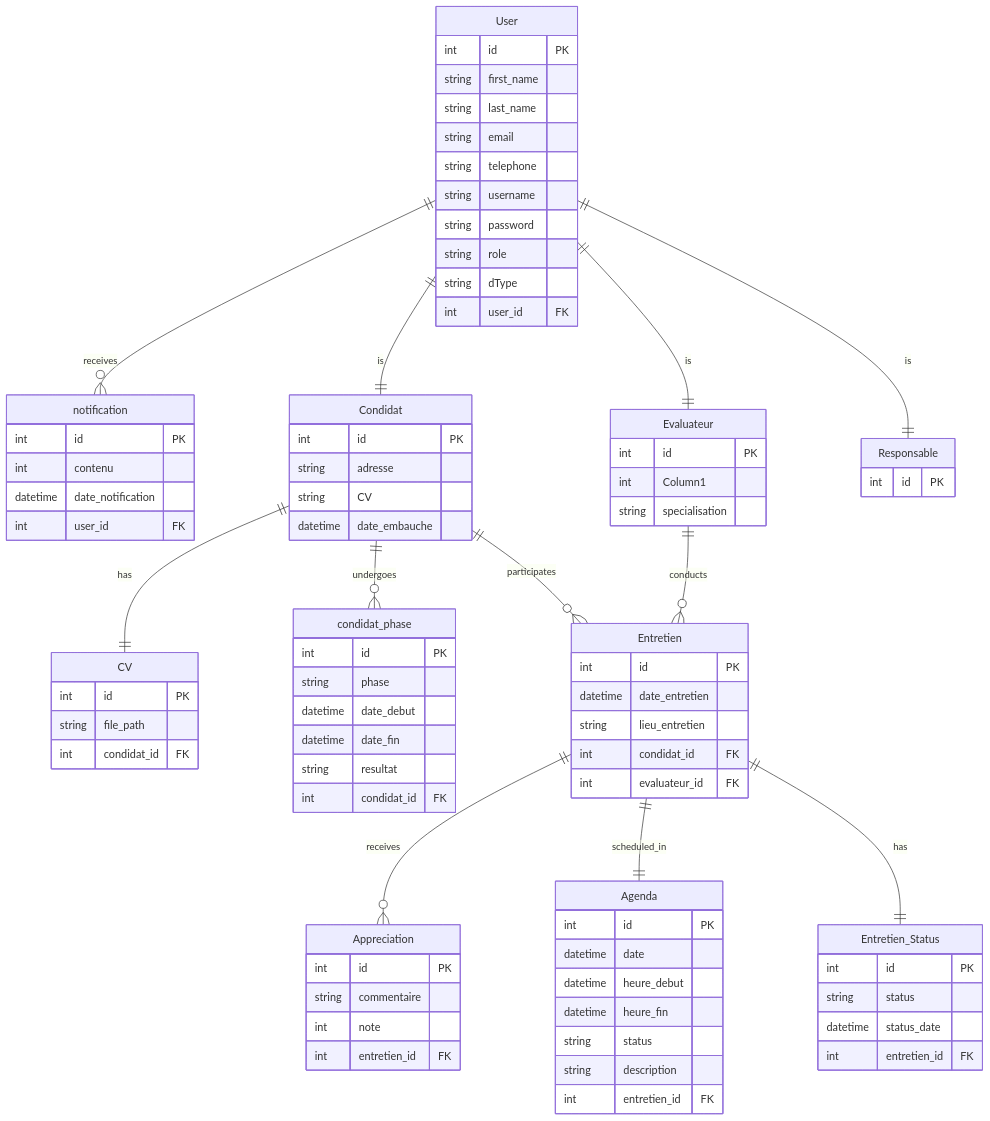
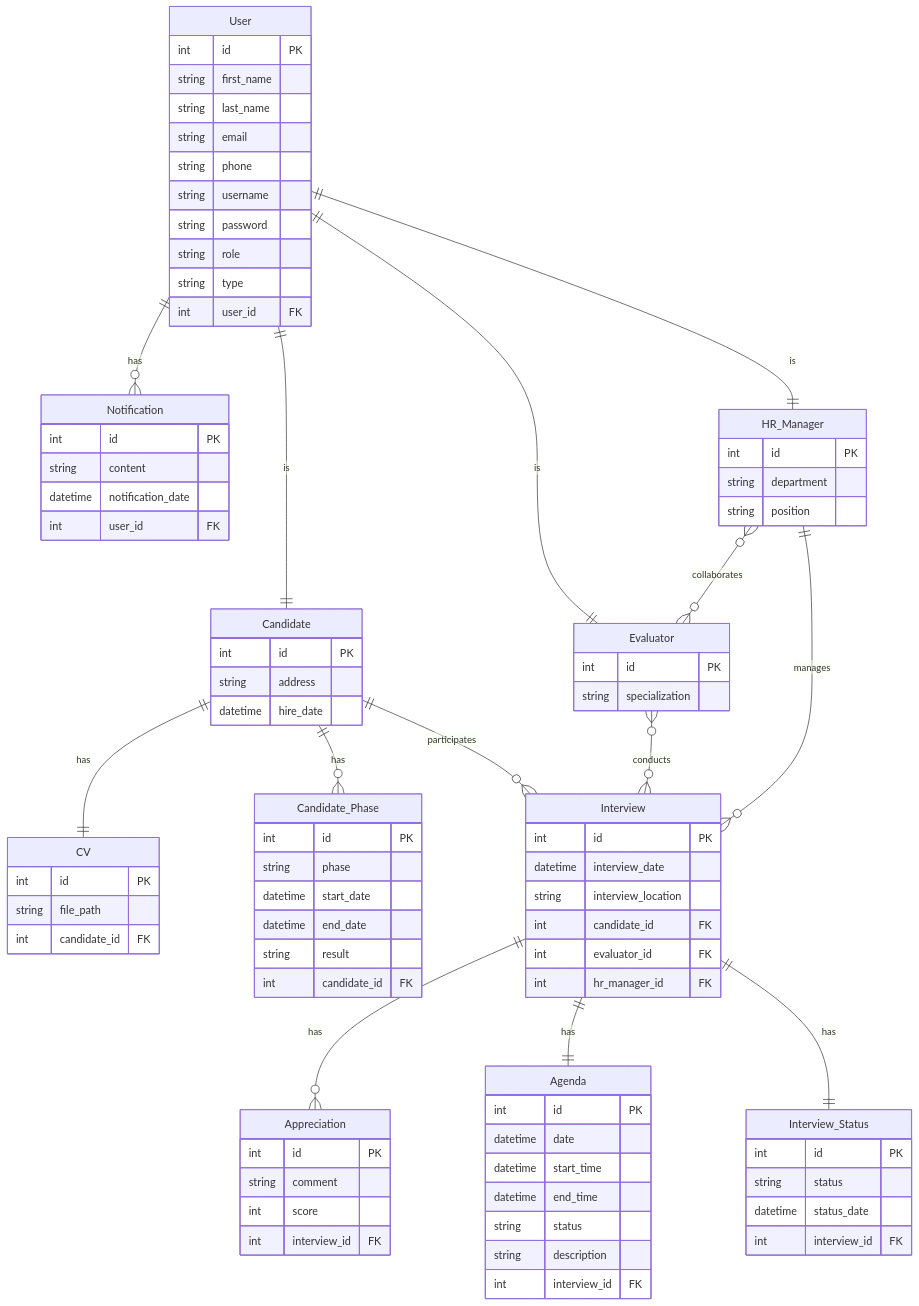
Before and after one commit to abdosql/InterviewManagerSQLI: the diagram in Conception/updated-er-diagram.mermaid, drawn with Mermaid. The commit also changed 27 other files, not shown here.

Commit message:
Fixing entity diagram + creating entities in the WriteSide Project

```diff
--- a/Conception/updated-er-diagram.mermaid
+++ b/Conception/updated-er-diagram.mermaid
@@ -1,86 +1,89 @@
 erDiagram
-    User ||--o{ notification : receives
-    User ||--|| Condidat : is
-    User ||--|| Evaluateur : is
-    User ||--|| Responsable : is
-    Condidat ||--|| CV : has
-    Condidat ||--o{ condidat_phase : undergoes
-    Condidat ||--o{ Entretien : participates
-    Evaluateur ||--o{ Entretien : conducts
-    Entretien ||--o{ Appreciation : receives
-    Entretien ||--|| Agenda : scheduled_in
-    Entretien ||--|| Entretien_Status : has
+    User ||--o{ Notification : has
+    User ||--|| Candidate : is
+    User ||--|| Evaluator : is
+    User ||--|| HR_Manager : is
+    Candidate ||--|| CV : has
+    Candidate ||--o{ Candidate_Phase : has
+    Candidate ||--o{ Interview : participates
+    Evaluator }o--o{ Interview : conducts
+    Interview ||--o{ Appreciation : has
+    Interview ||--|| Agenda : has
+    Interview ||--|| Interview_Status : has
+    HR_Manager ||--o{ Interview : manages
+    HR_Manager }o--o{ Evaluator : collaborates
 
     User {
         int id PK
         string first_name
         string last_name
         string email
-        string telephone
+        string phone
         string username
         string password
         string role
-        string dType
+        string type
         int user_id FK
     }
-    Condidat {
+    Candidate {
         int id PK
-        string adresse
-        string CV
-        datetime date_embauche
+        string address
+        datetime hire_date
     }
     CV {
         int id PK
         string file_path
-        int condidat_id FK
+        int candidate_id FK
     }
-    Evaluateur {
+    Evaluator {
         int id PK
-        int Column1
-        string specialisation
+        string specialization
     }
-    Entretien {
+    Interview {
         int id PK
-        datetime date_entretien
-        string lieu_entretien
-        int condidat_id FK
-        int evaluateur_id FK
+        datetime interview_date
+        string interview_location
+        int candidate_id FK
+        int evaluator_id FK
+        int hr_manager_id FK
     }
     Appreciation {
         int id PK
-        string commentaire
-        int note
-        int entretien_id FK
+        string comment
+        int score
+        int interview_id FK
     }
     Agenda {
         int id PK
         datetime date
-        datetime heure_debut
-        datetime heure_fin
+        datetime start_time
+        datetime end_time
         string status
         string description
-        int entretien_id FK
+        int interview_id FK
     }
-    Responsable {
+    HR_Manager {
         int id PK
+        string department
+        string position
     }
-    notification {
+    Notification {
         int id PK
-        int contenu
-        datetime date_notification
+        string content
+        datetime notification_date
         int user_id FK
     }
-    condidat_phase {
+    Candidate_Phase {
         int id PK
         string phase
-        datetime date_debut
-        datetime date_fin
-        string resultat
-        int condidat_id FK
+        datetime start_date
+        datetime end_date
+        string result
+        int candidate_id FK
     }
-    Entretien_Status {
+    Interview_Status {
         int id PK
         string status
         datetime status_date
-        int entretien_id FK
+        int interview_id FK
     }
```
